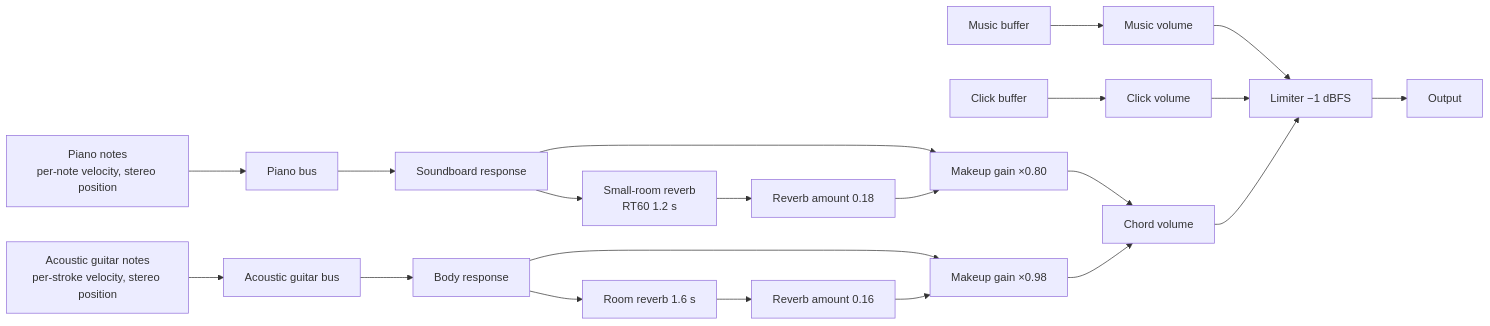
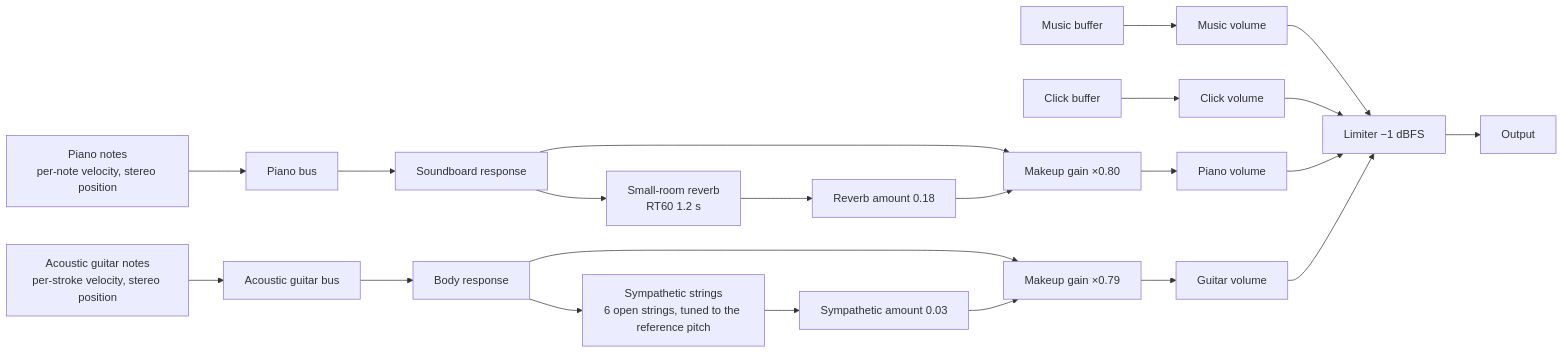
One commit to Velvitty/Chordity changed the third of 3 diagrams in README.en.md. Above: the diagram before and after it, drawn with Mermaid. The commit also changed other lines of this file and 9 other files, not shown here.

````diff
--- a/README.en.md
+++ b/README.en.md
@@ -1419,17 +1419,18 @@
 ```mermaid
 flowchart LR
   M["Music buffer"] --> GM["Music volume"]
   C["Click buffer"] --> GC["Click volume"]
   P["Piano notes<br/>per-note velocity, stereo position"] --> PB["Piano bus"] --> SB["Soundboard response"]
   SB --> MP["Makeup gain ×0.80"]
   SB --> RP["Small-room reverb<br/>RT60 1.2 s"] --> WP["Reverb amount 0.18"] --> MP
   G["Acoustic guitar notes<br/>per-stroke velocity, stereo position"] --> GB["Acoustic guitar bus"] --> BD["Body response"]
-  BD --> MG["Makeup gain ×0.98"]
-  BD --> RG["Room reverb 1.6 s"] --> WG["Reverb amount 0.16"] --> MG
-  MP --> GP["Chord volume"]
-  MG --> GP
+  BD --> MG["Makeup gain ×0.79"]
+  BD --> RG["Sympathetic strings<br/>6 open strings, tuned to the reference pitch"] --> WG["Sympathetic amount 0.03"] --> MG
+  MP --> GP["Piano volume"]
+  MG --> GG["Guitar volume"]
   GM --> L["Limiter −1 dBFS"]
   GC --> L
   GP --> L
+  GG --> L
   L --> O["Output"]
 ```
````
